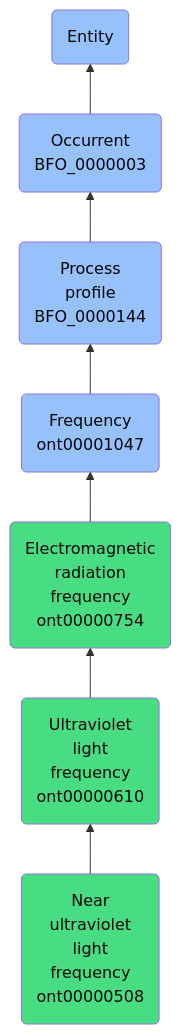
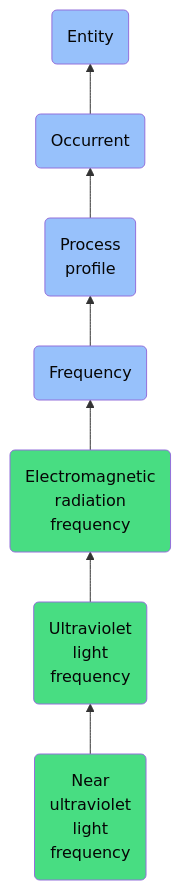
One commit to jupyter-naas/abi changed the diagram in docs/ontology/reference/model/Entity/Occurrent/Process profile/Frequency/Electromagnetic radiation frequency/Ultraviolet light frequency/Near ultraviolet light frequency/Near ultraviolet light frequency.md. Above: the diagram before and after it, drawn with Mermaid. The commit also changed other lines of this file and 1430 other files, not shown here.

````diff
--- a/docs/ontology/reference/model/Entity/Occurrent/Process profile/Frequency/Electromagnetic radiation frequency/Ultraviolet light frequency/Near ultraviolet light frequency/Near ultraviolet light frequency.md
+++ b/docs/ontology/reference/model/Entity/Occurrent/Process profile/Frequency/Electromagnetic radiation frequency/Ultraviolet light frequency/Near ultraviolet light frequency/Near ultraviolet light frequency.md
@@ -24,14 +24,14 @@
 ```mermaid
 graph BT
-    ont00000508(Near<br>ultraviolet<br>light<br>frequency<br>ont00000508):::ABI-->ont00000610
-    ont00000610(Ultraviolet<br>light<br>frequency<br>ont00000610):::ABI-->ont00000754
-    ont00000754(Electromagnetic<br>radiation<br>frequency<br>ont00000754):::ABI-->ont00001047
-    ont00001047(Frequency<br>ont00001047):::BFO-->BFO_0000144
-    BFO_0000144(Process<br>profile<br>BFO_0000144):::BFO-->BFO_0000003
-    BFO_0000003(Occurrent<br>BFO_0000003):::BFO-->BFO_0000001
+    ont00000508(Near<br>ultraviolet<br>light<br>frequency):::ABI-->ont00000610
+    ont00000610(Ultraviolet<br>light<br>frequency):::ABI-->ont00000754
+    ont00000754(Electromagnetic<br>radiation<br>frequency):::ABI-->ont00001047
+    ont00001047(Frequency):::BFO-->BFO_0000144
+    BFO_0000144(Process<br>profile):::BFO-->BFO_0000003
+    BFO_0000003(Occurrent):::BFO-->BFO_0000001
     BFO_0000001(Entity):::BFO
     
     classDef BFO fill:#97c1fb,color:#060606
     classDef CCO fill:#e4c51e,color:#060606
     classDef ABI fill:#48DD82,color:#060606
 ```
````
